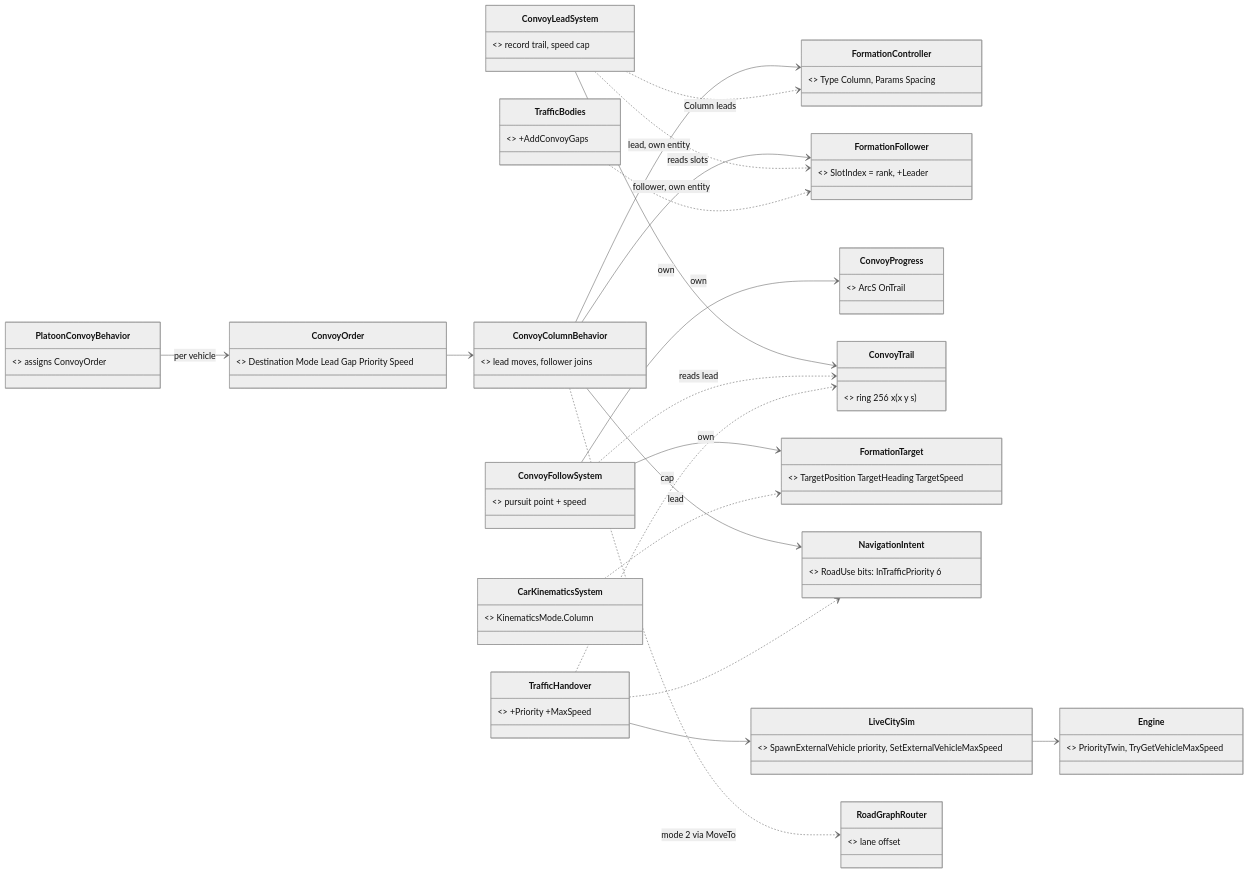
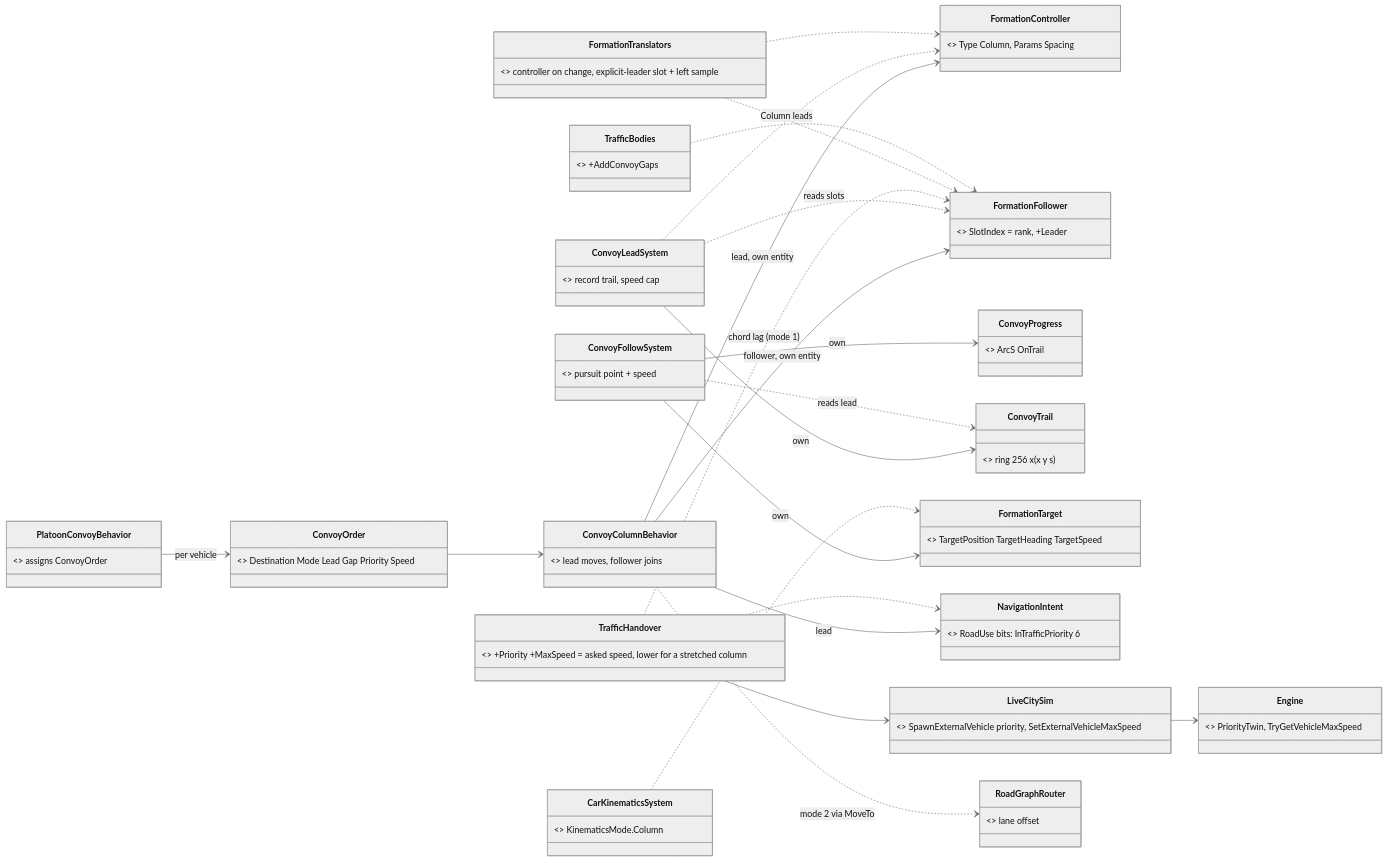
One commit to pjanec/HROT changed the first of 4 diagrams in docs/designs/vehicle-tactics/DESIGN_Road_Convoy.md. Above: the diagram before and after it, drawn with Mermaid (neutral theme). The commit also changed other lines of this file and 16 other files, not shown here.

````diff
--- a/docs/designs/vehicle-tactics/DESIGN_Road_Convoy.md
+++ b/docs/designs/vehicle-tactics/DESIGN_Road_Convoy.md
@@ -97,39 +97,42 @@
 ```mermaid
 classDiagram
   direction LR
   class ConvoyOrder { <<NEW DTO>> Destination Mode Lead Gap Priority Speed }
   class ConvoyColumnBehavior { <<NEW behaviour, per vehicle>> lead moves, follower joins }
   class FormationController { <<existing, lead, wire 198>> Type Column, Params Spacing }
   class FormationFollower { <<existing, grows, wire 199>> SlotIndex = rank, +Leader }
   class ConvoyProgress { <<NEW comp 157, local>> ArcS OnTrail }
   class ConvoyTrail { <<NEW comp 109, local, recorded>> ring 256 x (x y s) }
   class ConvoyLeadSystem { <<NEW Simulation, per lead>> record trail, speed cap }
   class ConvoyFollowSystem { <<NEW Simulation, per follower>> pursuit point + speed }
   class FormationTarget { <<existing>> TargetPosition TargetHeading TargetSpeed }
   class CarKinematicsSystem { <<existing, grows>> KinematicsMode.Column }
   class NavigationIntent { <<existing>> RoadUse bits: InTrafficPriority 6 }
-  class TrafficHandover { <<existing, grows>> +Priority +MaxSpeed }
+  class TrafficHandover { <<existing, grows>> +Priority +MaxSpeed = asked speed, lower for a stretched column }
+  class FormationTranslators { <<NEW wire 198 / 199>> controller on change, explicit-leader slot + left sample }
   class TrafficBodies { <<existing, grows>> +AddConvoyGaps }
   class LiveCitySim { <<SumoSharp, grows H17>> SpawnExternalVehicle priority, SetExternalVehicleMaxSpeed }
   class Engine { <<SumoSharp, grows H17>> PriorityTwin, TryGetVehicleMaxSpeed }
   class PlatoonConvoyBehavior { <<existing, grows>> assigns ConvoyOrder }
   class RoadGraphRouter { <<existing, grows>> lane offset }
   ConvoyOrder --> ConvoyColumnBehavior
   PlatoonConvoyBehavior --> ConvoyOrder : per vehicle
   ConvoyColumnBehavior --> FormationController : lead, own entity
   ConvoyColumnBehavior --> FormationFollower : follower, own entity
   ConvoyColumnBehavior --> NavigationIntent : lead
   ConvoyLeadSystem --> ConvoyTrail : own
   ConvoyLeadSystem ..> FormationController : Column leads
   ConvoyLeadSystem ..> FormationFollower : reads slots
   ConvoyFollowSystem --> ConvoyProgress : own
   ConvoyFollowSystem ..> ConvoyTrail : reads lead
   ConvoyFollowSystem --> FormationTarget : own
   CarKinematicsSystem ..> FormationTarget
   TrafficHandover ..> NavigationIntent
-  TrafficHandover ..> ConvoyTrail : cap
+  TrafficHandover ..> FormationFollower : chord lag (mode 1)
+  FormationTranslators ..> FormationController
+  FormationTranslators ..> FormationFollower
   TrafficHandover --> LiveCitySim
   TrafficBodies ..> FormationFollower
   LiveCitySim --> Engine
   ConvoyColumnBehavior ..> RoadGraphRouter : mode 2 via MoveTo
 ```
````
